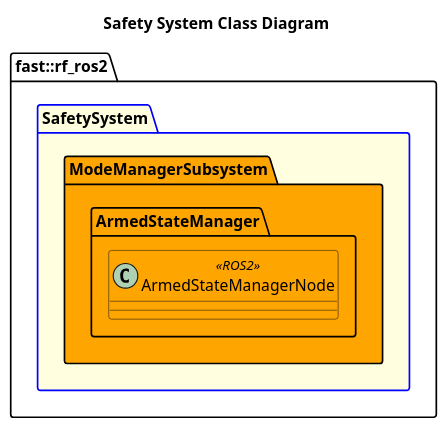
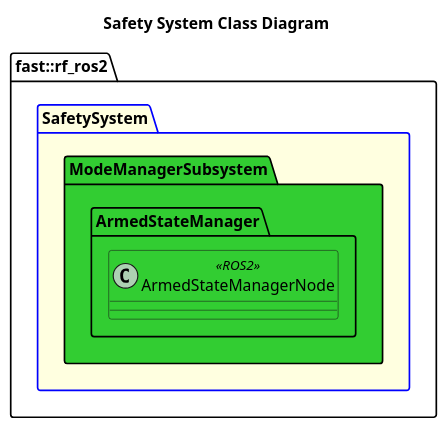
Before and after one commit to fastrobotics/robot_framework_ros2: the diagram in Systems/Safety/doc/puml/SystemSafetyPackageDiagram.puml, drawn with PlantUML. The commit also changed 9 other files, not shown here.

```diff
--- a/Systems/Safety/doc/puml/SystemSafetyPackageDiagram.puml
+++ b/Systems/Safety/doc/puml/SystemSafetyPackageDiagram.puml
@@ -1,13 +1,13 @@
 @startuml
 title Safety System Class Diagram
 
 namespace fast::rf_ros2 {
     package SafetySystem #LightYellow;line:blue {
-        namespace ModeManagerSubsystem #Orange {
-            namespace ArmedStateManager #Orange {
-                class ArmedStateManagerNode <<ROS2>> #Orange
+        namespace ModeManagerSubsystem #LimeGreen {
+            namespace ArmedStateManager #LimeGreen {
+                class ArmedStateManagerNode <<ROS2>> #LimeGreen
             }
         }
     }
 }
 @enduml
```
